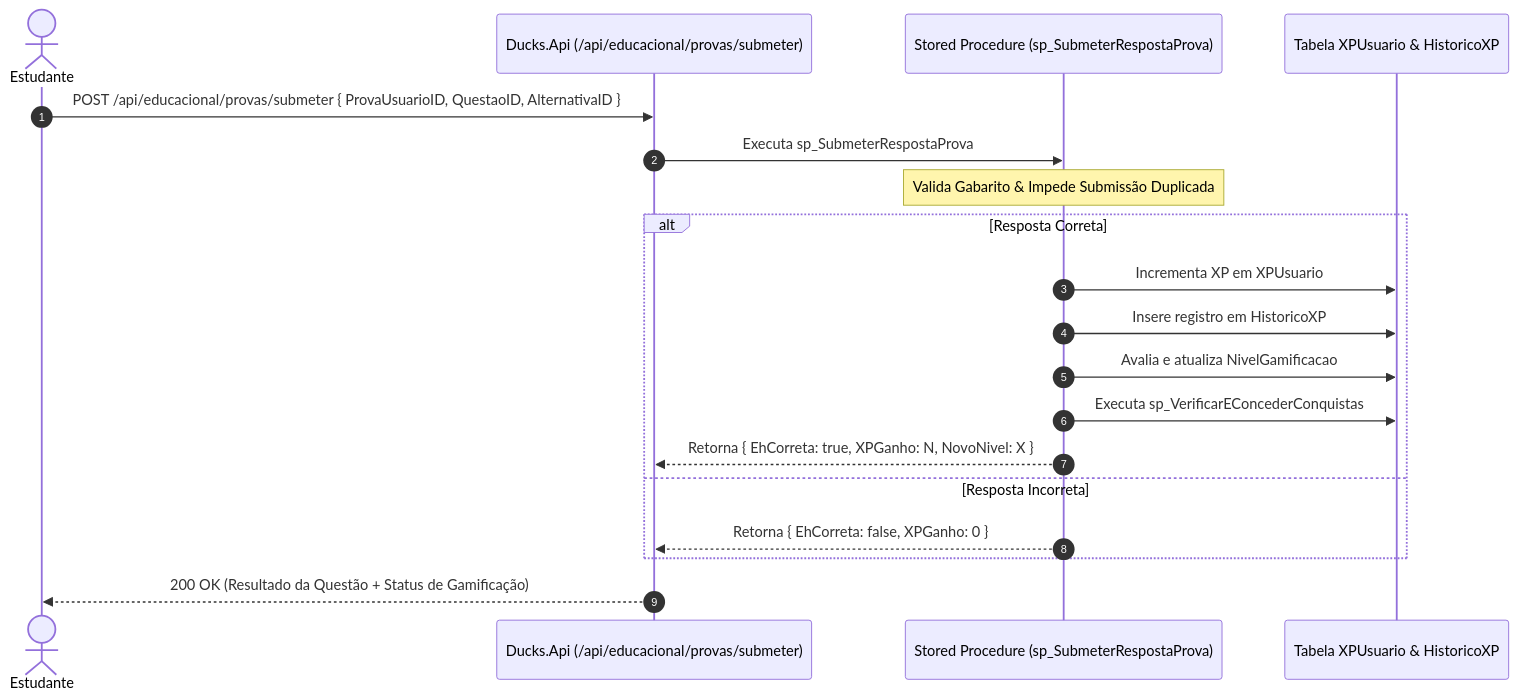
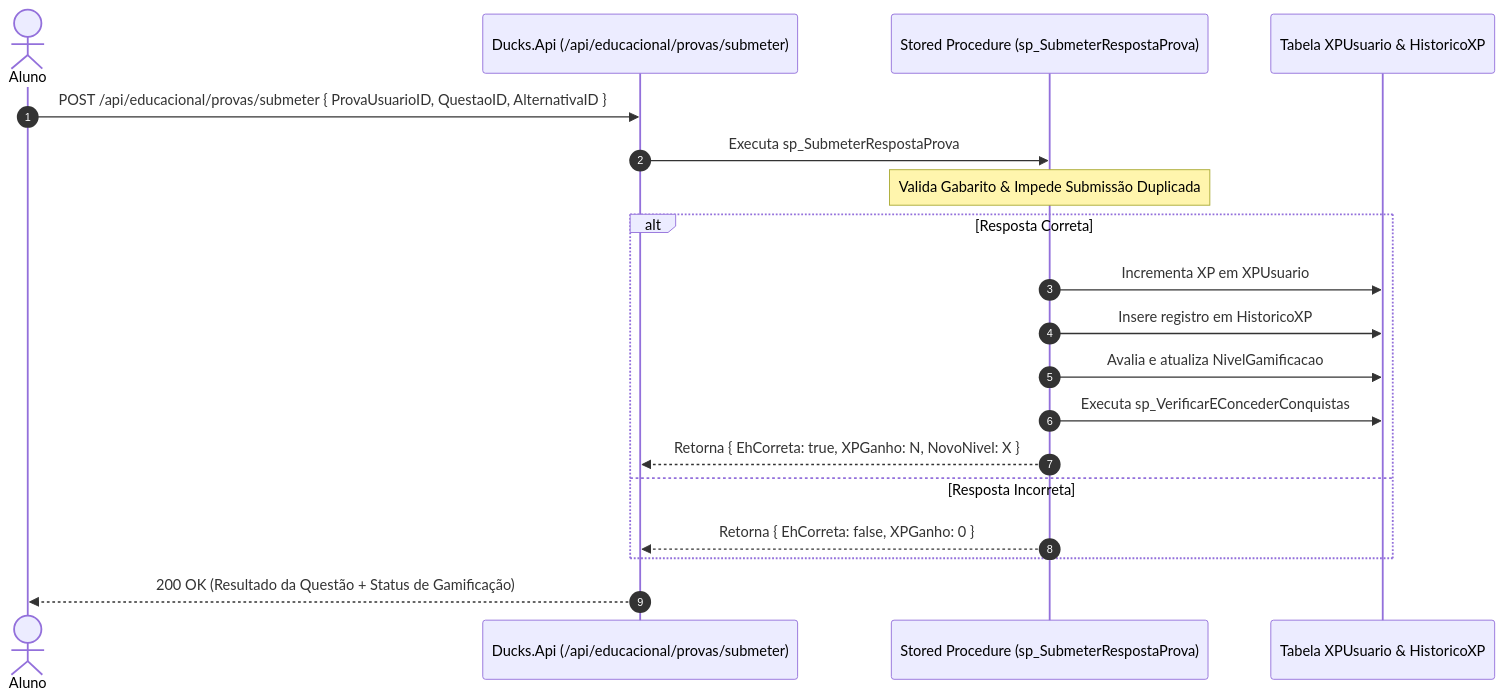
Before and after one commit to GabyValeria/Pim-Unip2026-Ducks: the third of 4 diagrams in Ducks.Api/DiagramasAPI.md, drawn with Mermaid. The commit also changed other lines of this file and 106 other files, not shown here.

````diff
--- a/Ducks.Api/DiagramasAPI.md
+++ b/Ducks.Api/DiagramasAPI.md
@@ -64,22 +64,22 @@
 ```mermaid
 sequenceDiagram
     autonumber
-    actor User as Estudante
+    actor User as Aluno
     participant API as Ducks.Api (/api/educacional/provas/submeter)
     participant SP as Stored Procedure (sp_SubmeterRespostaProva)
     participant DB as Tabela XPUsuario & HistoricoXP
 
     User->>API: POST /api/educacional/provas/submeter { ProvaUsuarioID, QuestaoID, AlternativaID }
     API->>SP: Executa sp_SubmeterRespostaProva
     Note over SP: Valida Gabarito & Impede Submissão Duplicada
     alt Resposta Correta
         SP->>DB: Incrementa XP em XPUsuario
         SP->>DB: Insere registro em HistoricoXP
         SP->>DB: Avalia e atualiza NivelGamificacao
         SP->>DB: Executa sp_VerificarEConcederConquistas
         SP-->>API: Retorna { EhCorreta: true, XPGanho: N, NovoNivel: X }
     else Resposta Incorreta
         SP-->>API: Retorna { EhCorreta: false, XPGanho: 0 }
     end
     API-->>User: 200 OK (Resultado da Questão + Status de Gamificação)
 ```
````
